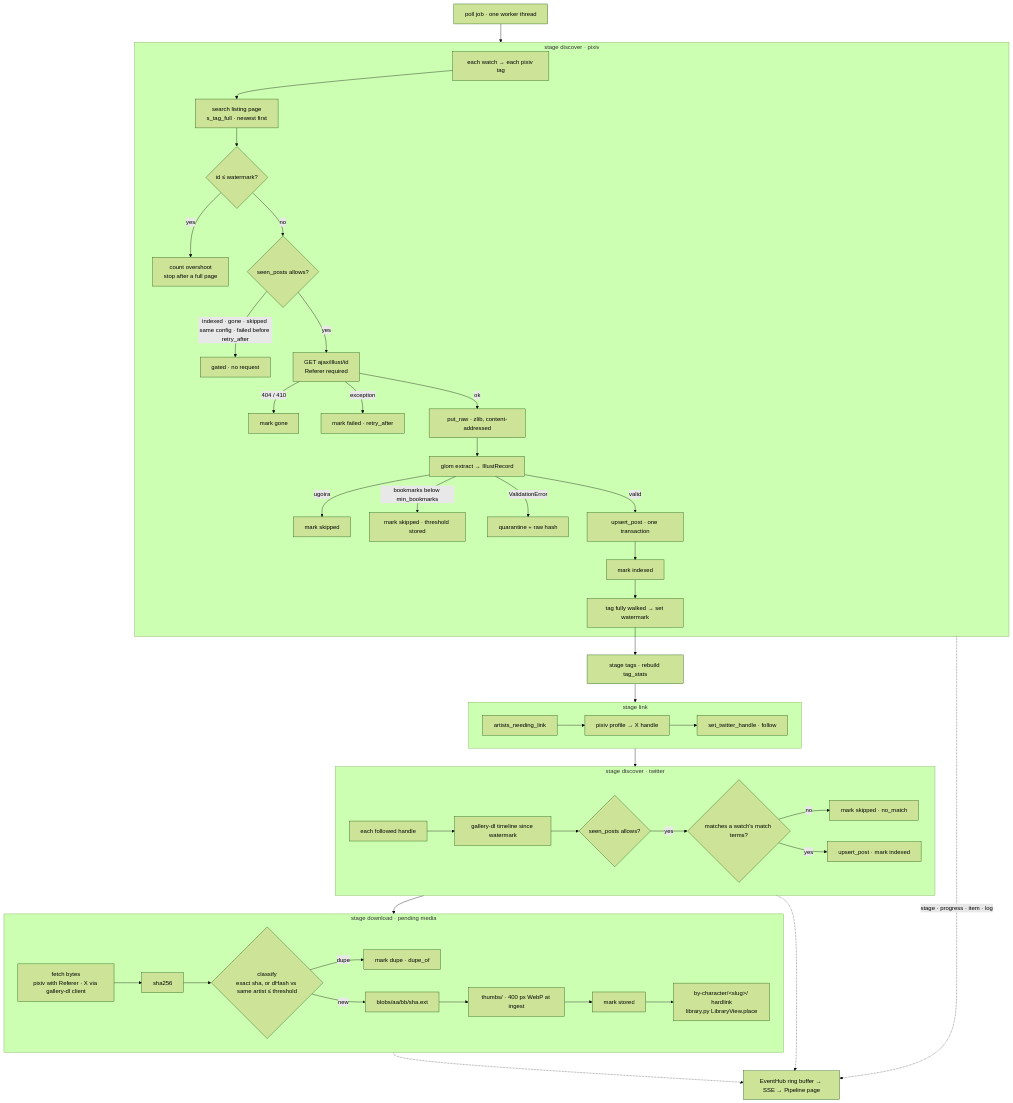
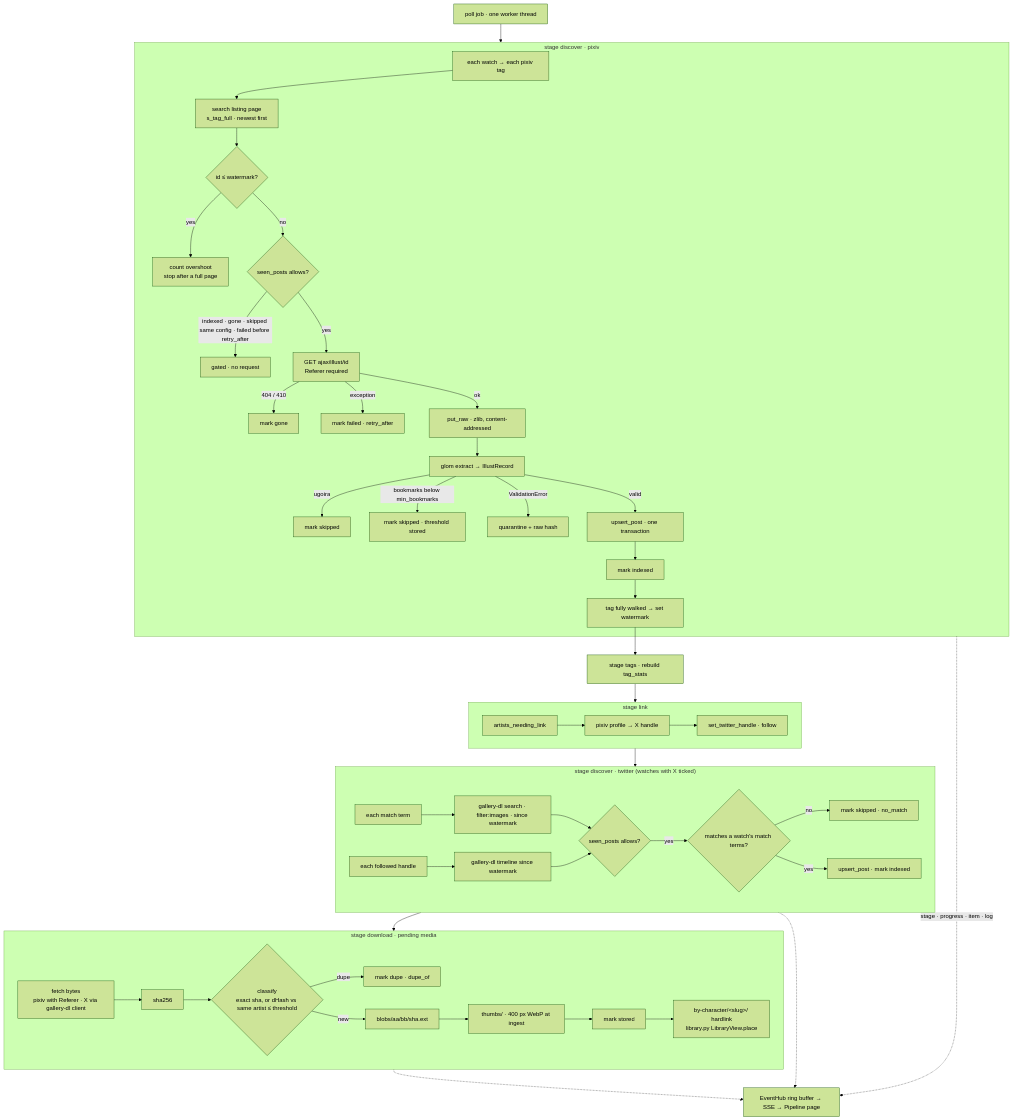
Before and after one commit to luissebastian953/flame-chaser: the third of 13 diagrams in docs/flows.md, drawn with Mermaid (forest theme). The commit also changed 73 other files, not shown here.

````diff
--- a/docs/flows.md
+++ b/docs/flows.md
@@ -116,49 +116,51 @@
 ```mermaid
 flowchart TD
   subgraph disc["stage discover · pixiv"]
     tag["each watch → each pixiv tag"] --> page["search listing page<br/>s_tag_full · newest first"]
     page --> wm{"id ≤ watermark?"}
     wm -- yes --> overshoot["count overshoot<br/>stop after a full page"]
     wm -- no --> gate{"seen_posts allows?"}
     gate -- "indexed · gone · skipped same config · failed before retry_after" --> gated["gated · no request"]
     gate -- yes --> detail["GET ajax/illust/id<br/>Referer required"]
     detail -- "404 / 410" --> gone["mark gone"]
     detail -- "exception" --> failed["mark failed · retry_after"]
     detail -- ok --> raw["put_raw · zlib, content-addressed"]
     raw --> ext["glom extract → IllustRecord"]
     ext -- "ugoira" --> skip1["mark skipped"]
     ext -- "bookmarks below min_bookmarks" --> skip2["mark skipped · threshold stored"]
     ext -- "ValidationError" --> q["quarantine + raw hash"]
     ext -- valid --> up["upsert_post · one transaction"]
     up --> idx["mark indexed"]
     idx --> adv["tag fully walked → set watermark"]
   end
   tags["stage tags · rebuild tag_stats"]
   subgraph lnk["stage link"]
     l1["artists_needing_link"] --> l2["pixiv profile → X handle"] --> l3["set_twitter_handle · follow"]
   end
-  subgraph tw["stage discover · twitter"]
+  subgraph tw["stage discover · twitter (watches with X ticked)"]
+    t0["each match term"] --> t0b["gallery-dl search · filter:images · since watermark"]
     t1["each followed handle"] --> t2["gallery-dl timeline since watermark"]
+    t0b --> t3
     t2 --> t3{"seen_posts allows?"}
     t3 -- yes --> t4{"matches a watch's match terms?"}
     t4 -- no --> t5["mark skipped · no_match"]
     t4 -- yes --> t6["upsert_post · mark indexed"]
   end
   subgraph dl["stage download · pending media"]
     d1["fetch bytes<br/>pixiv with Referer · X via gallery-dl client"] --> d2["sha256"]
     d2 --> d3{"classify<br/>exact sha, or dHash vs same artist ≤ threshold"}
     d3 -- dupe --> d4["mark dupe · dupe_of"]
     d3 -- new --> d5["blobs/aa/bb/sha.ext"]
     d5 --> d6["thumbs/ · 400 px WebP at ingest"]
     d6 --> d7["mark stored"]
     d7 --> d8["by-character/&lt;slug&gt;/ hardlink<br/>library.py LibraryView.place"]
   end
   job["poll job · one worker thread"] --> disc
   adv --> tags
   tags --> lnk
   lnk --> tw
   tw --> dl
   disc -. "stage · progress · item · log" .-> ev["EventHub ring buffer → SSE → Pipeline page"]
   tw -.-> ev
   dl -.-> ev
 ```
````
